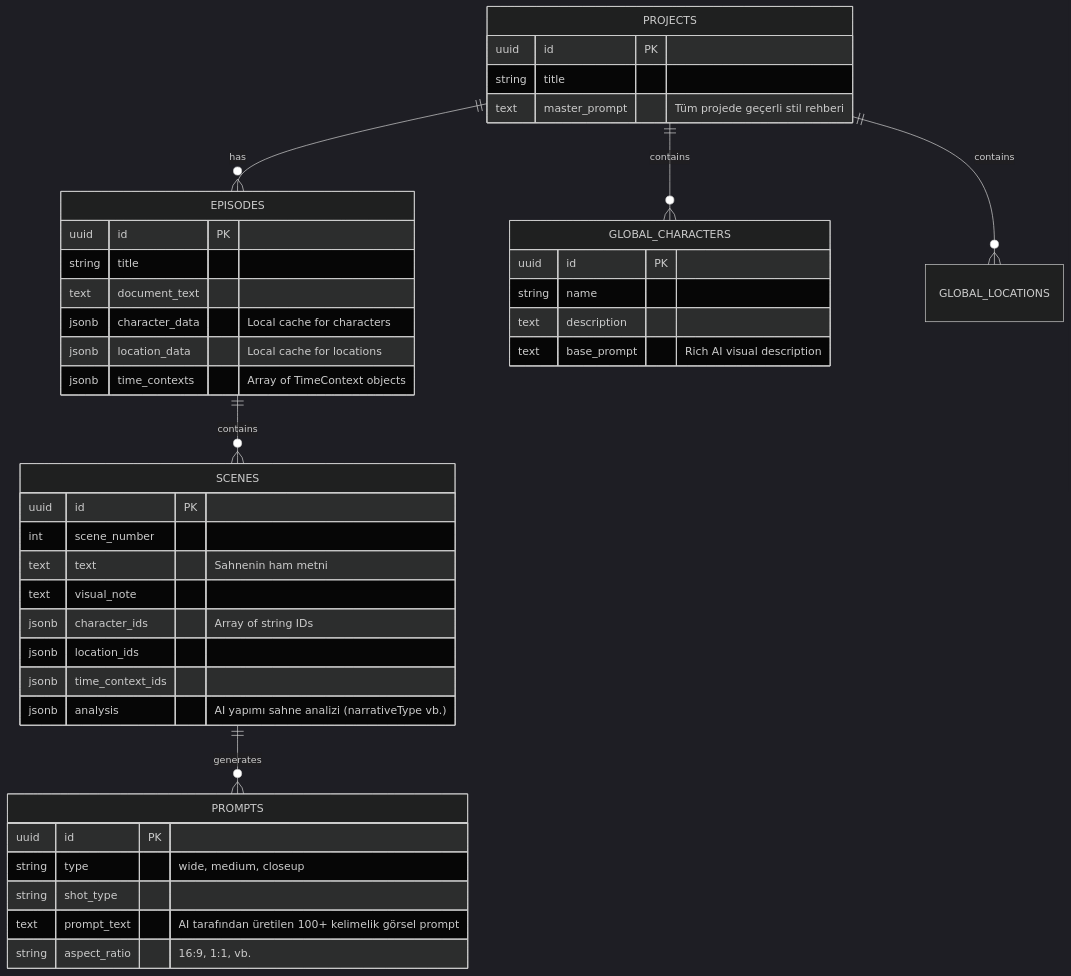
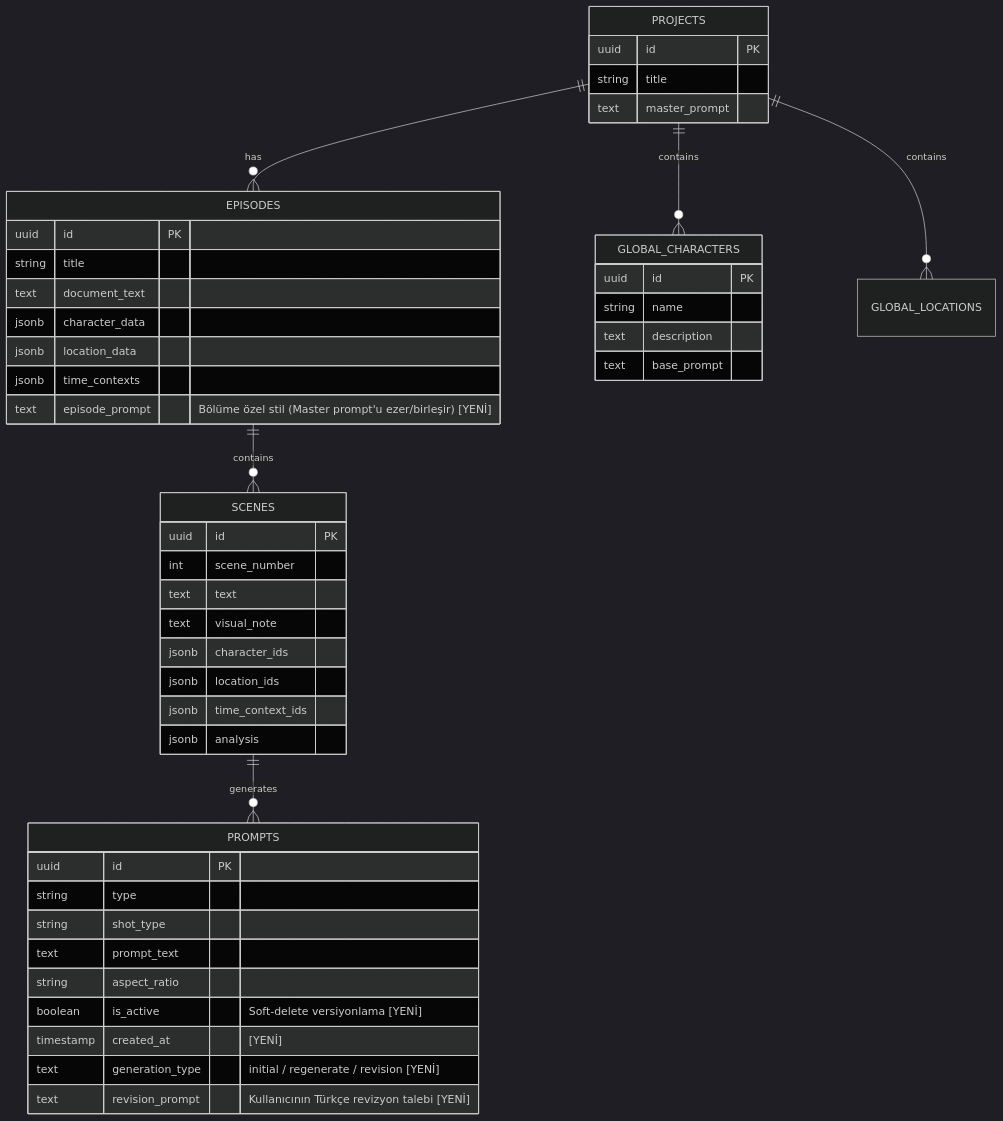
The second of 5 diagrams in story_shot_architecture.md (2800mhz/story-shot-studio), drawn with Mermaid (dark theme) before and after one commit. The commit also changed other lines of this file and 1 other file, not shown here.

````diff
--- a/story_shot_architecture.md
+++ b/story_shot_architecture.md
@@ -43,51 +43,56 @@
 ```mermaid
 erDiagram
     PROJECTS ||--o{ EPISODES : has
     PROJECTS ||--o{ GLOBAL_CHARACTERS : contains
     PROJECTS ||--o{ GLOBAL_LOCATIONS : contains
     
     EPISODES ||--o{ SCENES : contains
     
     SCENES ||--o{ PROMPTS : generates
     
     PROJECTS {
         uuid id PK
         string title
-        text master_prompt "Tüm projede geçerli stil rehberi"
+        text master_prompt
     }
 
     EPISODES {
         uuid id PK
         string title
         text document_text
-        jsonb character_data "Local cache for characters"
-        jsonb location_data "Local cache for locations"
-        jsonb time_contexts "Array of TimeContext objects"
+        jsonb character_data
+        jsonb location_data
+        jsonb time_contexts
+        text episode_prompt "Bölüme özel stil (Master prompt'u ezer/birleşir) [YENİ]"
     }
 
     GLOBAL_CHARACTERS {
         uuid id PK
         string name
         text description
-        text base_prompt "Rich AI visual description"
+        text base_prompt
     }
 
     SCENES {
         uuid id PK
         int scene_number
-        text text "Sahnenin ham metni"
+        text text
         text visual_note
-        jsonb character_ids "Array of string IDs"
+        jsonb character_ids
         jsonb location_ids
         jsonb time_context_ids
-        jsonb analysis "AI yapımı sahne analizi (narrativeType vb.)"
+        jsonb analysis
     }
 
     PROMPTS {
         uuid id PK
-        string type "wide, medium, closeup"
+        string type
         string shot_type
-        text prompt_text "AI tarafından üretilen 100+ kelimelik görsel prompt"
-        string aspect_ratio "16:9, 1:1, vb."
+        text prompt_text
+        string aspect_ratio
+        boolean is_active "Soft-delete versiyonlama [YENİ]"
+        timestamp created_at "[YENİ]"
+        text generation_type "initial / regenerate / revision [YENİ]"
+        text revision_prompt "Kullanıcının Türkçe revizyon talebi [YENİ]"
     }
 ```
````
